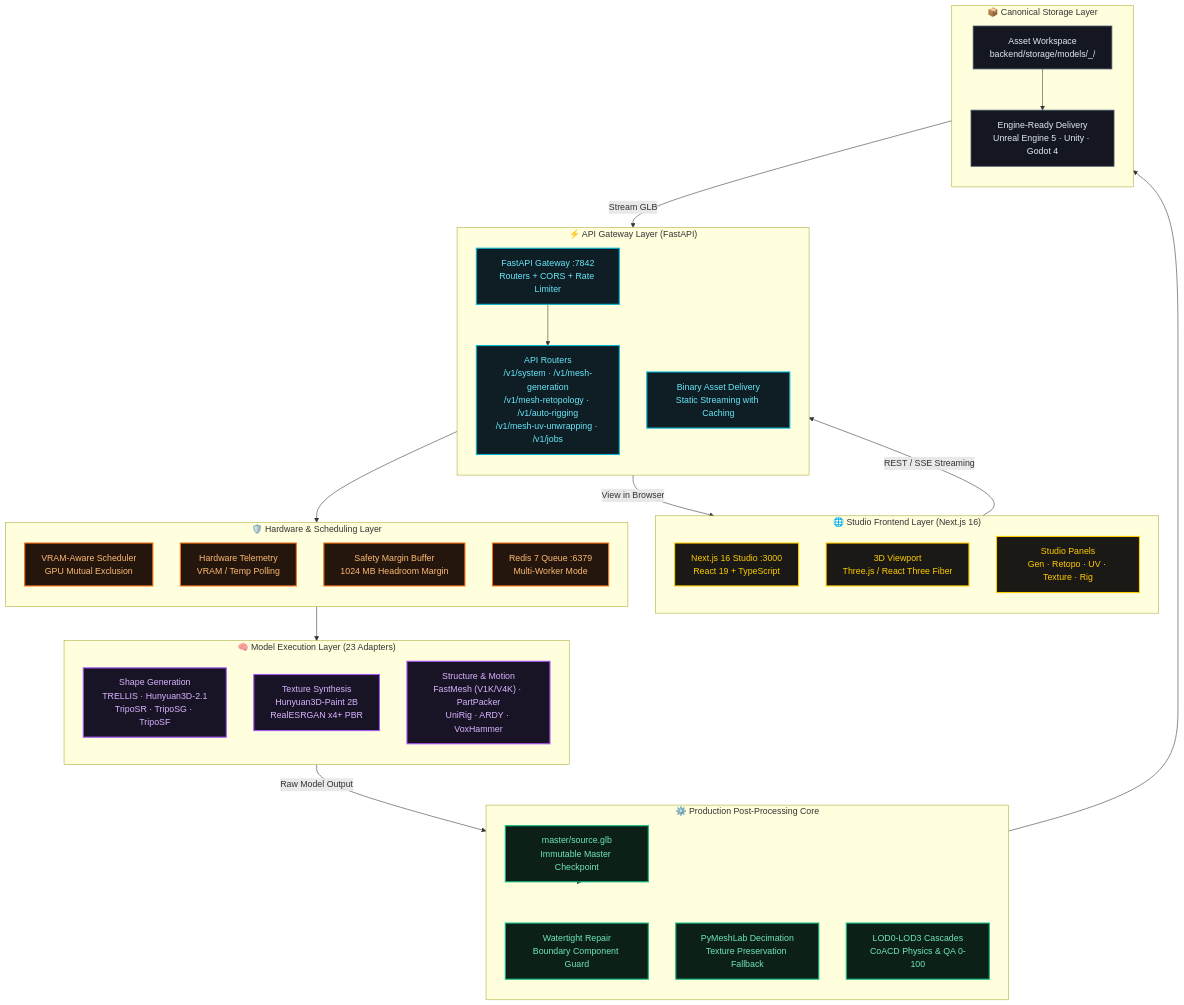
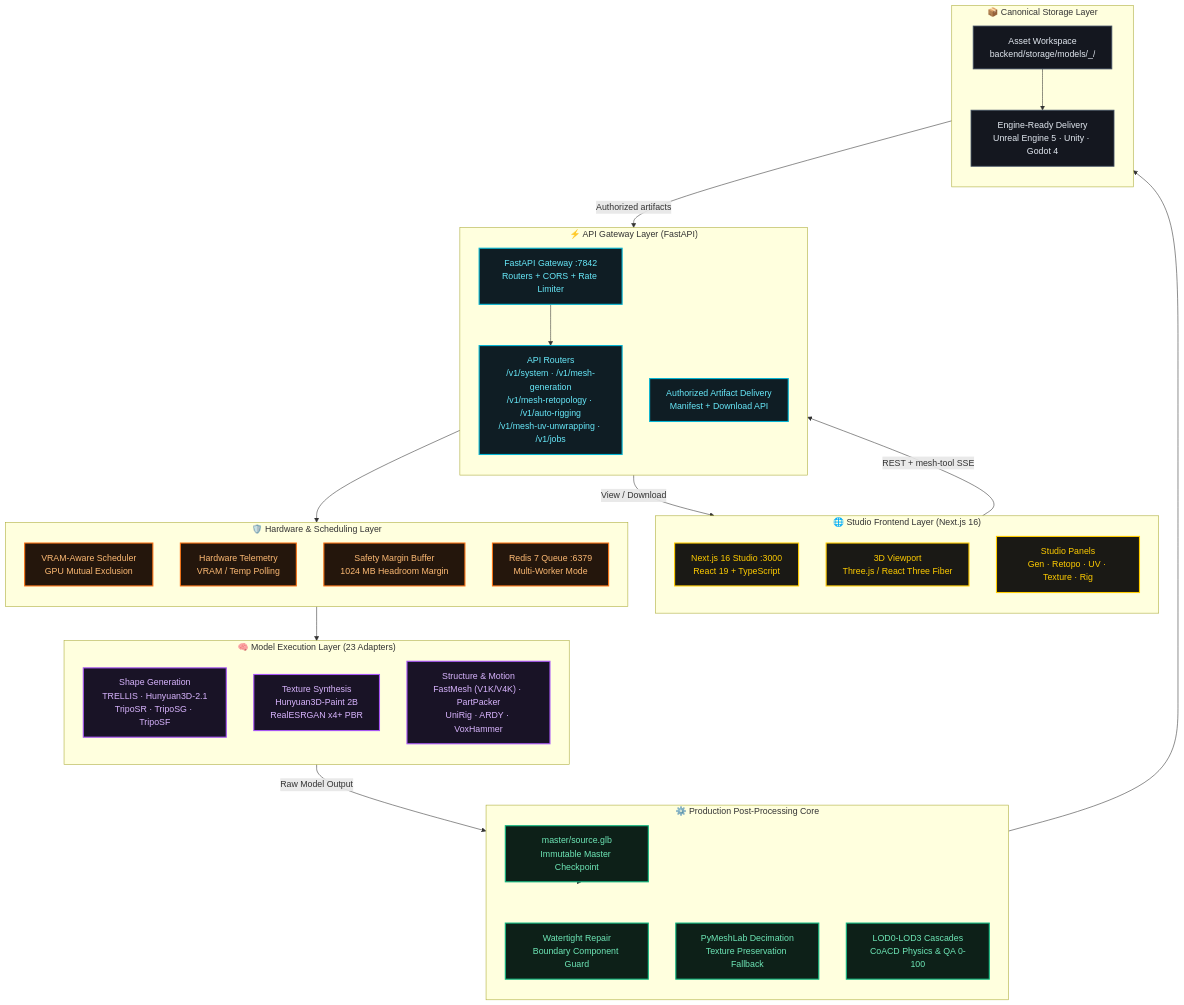
Before and after one commit to Silentzx2/ForMash3D: the first of 4 diagrams in Docs/ARCHITECTURE.md, drawn with Mermaid. The commit also changed other lines of this file and 86 other files, not shown here.

````diff
--- a/Docs/ARCHITECTURE.md
+++ b/Docs/ARCHITECTURE.md
@@ -18,64 +18,64 @@
 ```mermaid
 flowchart TB
     %% Sleek Studio Palette
     classDef gold fill:#1a1915,stroke:#ffcc00,stroke-width:2px,color:#ffcc00;
     classDef cyan fill:#0f1d24,stroke:#06b6d4,stroke-width:2px,color:#67e8f9;
     classDef purple fill:#191326,stroke:#a855f7,stroke-width:2px,color:#d8b4fe;
     classDef green fill:#0d2018,stroke:#10b981,stroke-width:2px,color:#6ee7b7;
     classDef orange fill:#24160c,stroke:#f97316,stroke-width:2px,color:#fdba74;
     classDef slate fill:#14171f,stroke:#475569,stroke-width:1.5px,color:#e2e8f0;
 
     subgraph LAYER["🌐 Studio Frontend Layer (Next.js 16)"]
         direction TB
         NEXT["Next.js 16 Studio :3000<br/>React 19 + TypeScript"]:::gold
         VPORT["3D Viewport<br/>Three.js / React Three Fiber"]:::gold
         CONTROLS["Studio Panels<br/>Gen · Retopo · UV · Texture · Rig"]:::gold
     end
 
     subgraph GW["⚡ API Gateway Layer (FastAPI)"]
         direction TB
         API["FastAPI Gateway :7842<br/>Routers + CORS + Rate Limiter"]:::cyan
         ROUTERS["API Routers<br/>/v1/system · /v1/mesh-generation<br/>/v1/mesh-retopology · /v1/auto-rigging<br/>/v1/mesh-uv-unwrapping · /v1/jobs"]:::cyan
-        STATIC["Binary Asset Delivery<br/>Static Streaming with Caching"]:::cyan
+        STATIC["Authorized Artifact Delivery<br/>Manifest + Download API"]:::cyan
     end
 
     subgraph SCHEDULER["🛡️ Hardware & Scheduling Layer"]
         direction TB
         SCHED["VRAM-Aware Scheduler<br/>GPU Mutual Exclusion"]:::orange
         GPU_MON["Hardware Telemetry<br/>VRAM / Temp Polling"]:::orange
         VRAM_BUF["Safety Margin Buffer<br/>1024 MB Headroom Margin"]:::orange
         REDIS["Redis 7 Queue :6379<br/>Multi-Worker Mode"]:::orange
     end
 
     subgraph CORE["🧠 Model Execution Layer (23 Adapters)"]
         direction TB
         SHAPE["Shape Generation<br/>TRELLIS · Hunyuan3D-2.1<br/>TripoSR · TripoSG · TripoSF"]:::purple
         PAINT["Texture Synthesis<br/>Hunyuan3D-Paint 2B<br/>RealESRGAN x4+ PBR"]:::purple
         STRUCT["Structure & Motion<br/>FastMesh (V1K/V4K) · PartPacker<br/>UniRig · ARDY · VoxHammer"]:::purple
     end
 
     subgraph POST["⚙️ Production Post-Processing Core"]
         direction TB
         SRC_CHECK["master/source.glb<br/>Immutable Master Checkpoint"]:::green
         REPAIR["Watertight Repair<br/>Boundary Component Guard"]:::green
         SIMPLIFY["PyMeshLab Decimation<br/>Texture Preservation Fallback"]:::green
         FINISH["LOD0-LOD3 Cascades<br/>CoACD Physics & QA 0-100"]:::green
     end
 
     subgraph DATA["📦 Canonical Storage Layer"]
         direction TB
         LOCAL["Asset Workspace<br/>backend/storage/models/<asset>_<hash>/"]:::slate
         ZIP["Engine-Ready Delivery<br/>Unreal Engine 5 · Unity · Godot 4"]:::slate
     end
 
-    LAYER -->|"REST / SSE Streaming"| GW
+    LAYER -->|"REST + mesh-tool SSE"| GW
     API --> ROUTERS
     ROUTERS --> SCHEDULER
     SCHEDULER --> CORE
     CORE -->|"Raw Model Output"| SRC_CHECK
     SRC_CHECK --> POST
     POST --> LOCAL
     LOCAL --> ZIP
-    LOCAL -->|"Stream GLB"| STATIC
-    STATIC -->|"View in Browser"| VPORT
+    LOCAL -->|"Authorized artifacts"| STATIC
+    STATIC -->|"View / Download"| VPORT
 ```
````
